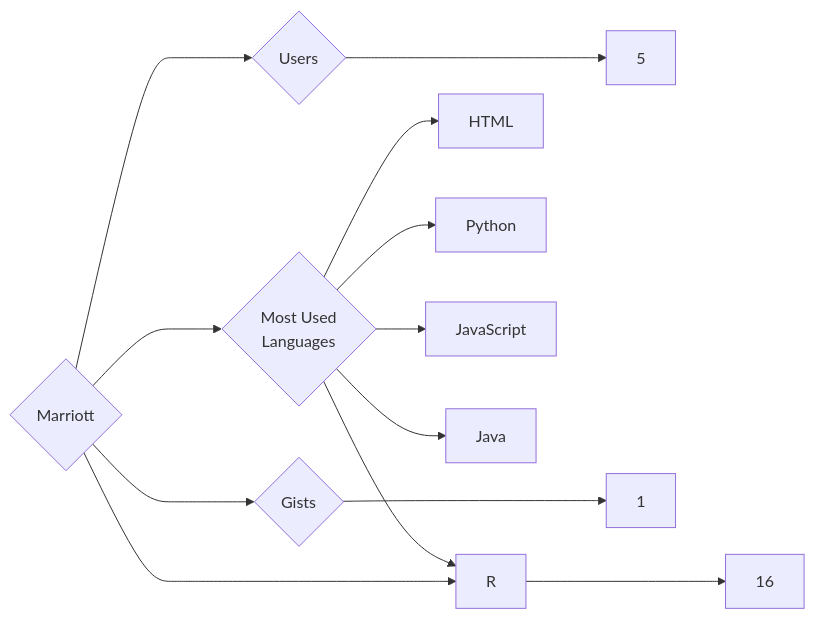
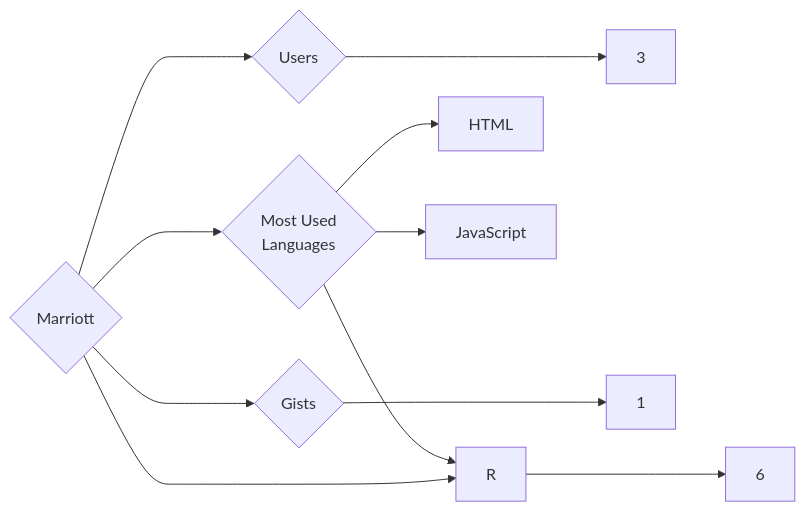
One commit to trickest/insiders changed the diagram in targets/Marriott/README.md. Above: the diagram before and after it, drawn with Mermaid. The commit also changed 1508 other files, not shown here.

````diff
--- a/targets/Marriott/README.md
+++ b/targets/Marriott/README.md
@@ -3,13 +3,11 @@
 ```mermaid
 graph LR
 COMPANY_NAME{Marriott}
-COMPANY_NAME ---> U{Users} ---> UN[5]
-COMPANY_NAME ---> R{Repositories} ---> RN[16]
+COMPANY_NAME ---> U{Users} ---> UN[3]
+COMPANY_NAME ---> R{Repositories} ---> RN[6]
 COMPANY_NAME ---> G{Gists} ---> GN[1]
 COMPANY_NAME ---> ML{Most Used<br>Languages}
 ML --> HTML[HTML]
-ML --> Python[Python]
+ML --> R[R]
 ML --> JavaScript[JavaScript]
-ML --> Java[Java]
-ML --> R[R]
 ```
````
